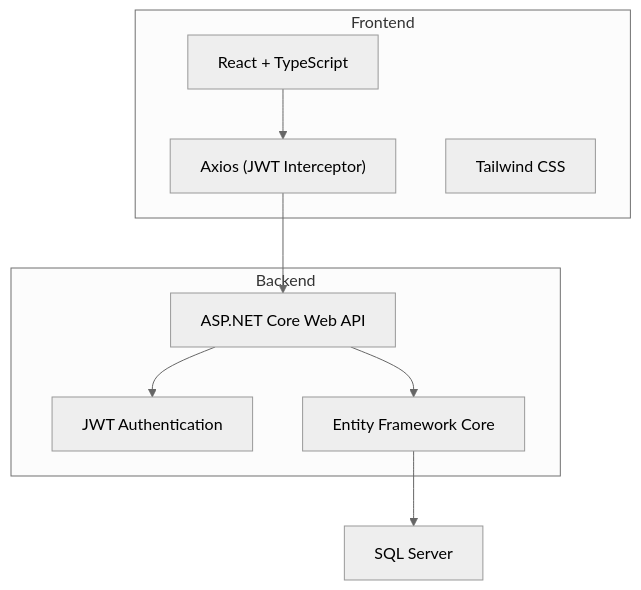
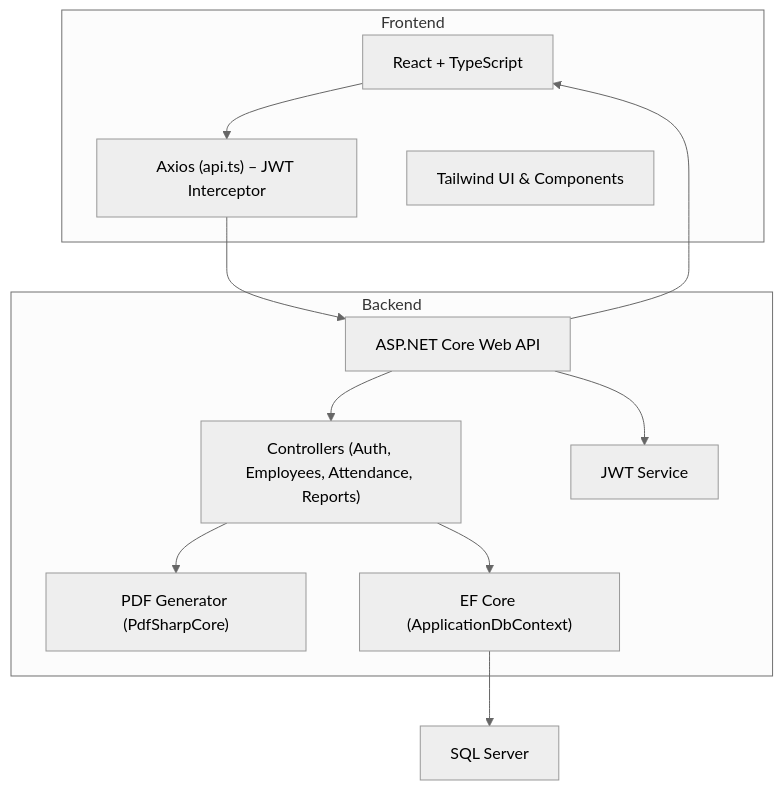
Before and after one commit to regvedpande/EmployeeManager: the second of 2 diagrams in README.md, drawn with Mermaid (neutral theme). The commit also changed other lines of this file, not shown here.

````diff
--- a/README.md
+++ b/README.md
@@ -53,22 +56,31 @@
 ```mermaid
 flowchart TB
-    subgraph Frontend
-        React["React + TypeScript"]
-        Axios["Axios (JWT Interceptor)"]
-        Tailwind["Tailwind CSS"]
-    end
+  subgraph Frontend
+    F1["React + TypeScript"]
+    F2["Axios (api.ts) – JWT Interceptor"]
+    F3["Tailwind UI & Components"]
+  end
 
-    subgraph Backend
-        API["ASP.NET Core Web API"]
-        Auth["JWT Authentication"]
-        EF["Entity Framework Core"]
-    end
+  subgraph Backend
+    B1["ASP.NET Core Web API"]
+    B2["Controllers (Auth, Employees, Attendance, Reports)"]
+    B3["JWT Service"]
+    B4["PDF Generator (PdfSharpCore)"]
+    B5["EF Core (ApplicationDbContext)"]
+  end
 
-    DB["SQL Server"]
+  DB["SQL Server"]
 
-    React --> Axios
-    Axios --> API
-    API --> Auth
-    API --> EF
-    EF --> DB
+  F1 --> F2
+  F2 --> B1
+
+  B1 --> B3
+  B1 --> B2
+
+  B2 --> B5
+  B5 --> DB
+
+  B2 --> B4
+
+  B1 --> F1
 ```
````
